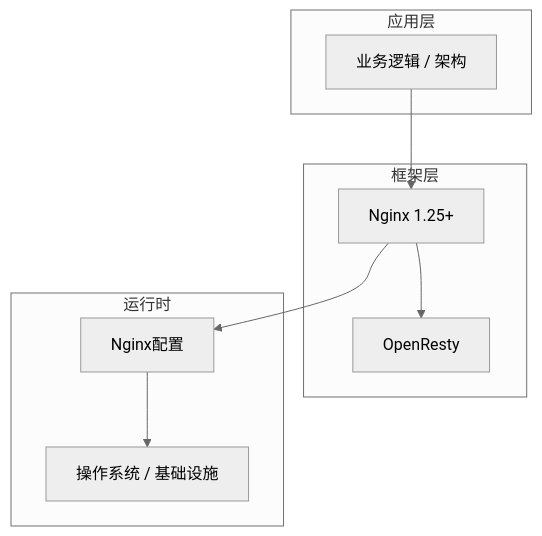
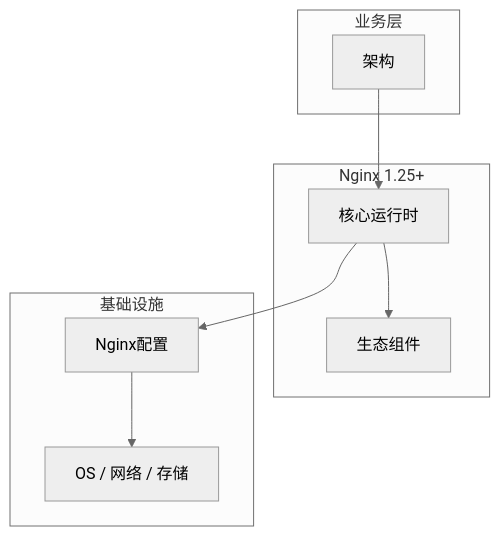
Before and after one commit to yanggan2015/knowledge-json-v2: the diagram in articles/Nginx/chapters/007-架构核心概念与原理.md, drawn with Mermaid (neutral theme). The commit also changed other lines of this file and 10127 other files, not shown here.

````diff
--- a/articles/Nginx/chapters/007-架构核心概念与原理.md
+++ b/articles/Nginx/chapters/007-架构核心概念与原理.md
@@ -45,18 +34,18 @@
 ```mermaid
 graph TB
-    subgraph 应用层
-        A[业务逻辑 / 架构]
+    subgraph 业务层
+        A[架构]
     end
-    subgraph 框架层
-        B[Nginx 1.25+]
-        C[OpenResty]
+    subgraph Nginx 1.25+
+        B[核心运行时]
+        C[生态组件]
     end
-    subgraph 运行时
+    subgraph 基础设施
         D[Nginx配置]
-        E[操作系统 / 基础设施]
+        E[OS / 网络 / 存储]
     end
     A --> B
     B --> C
     B --> D
     D --> E
 ```
````
